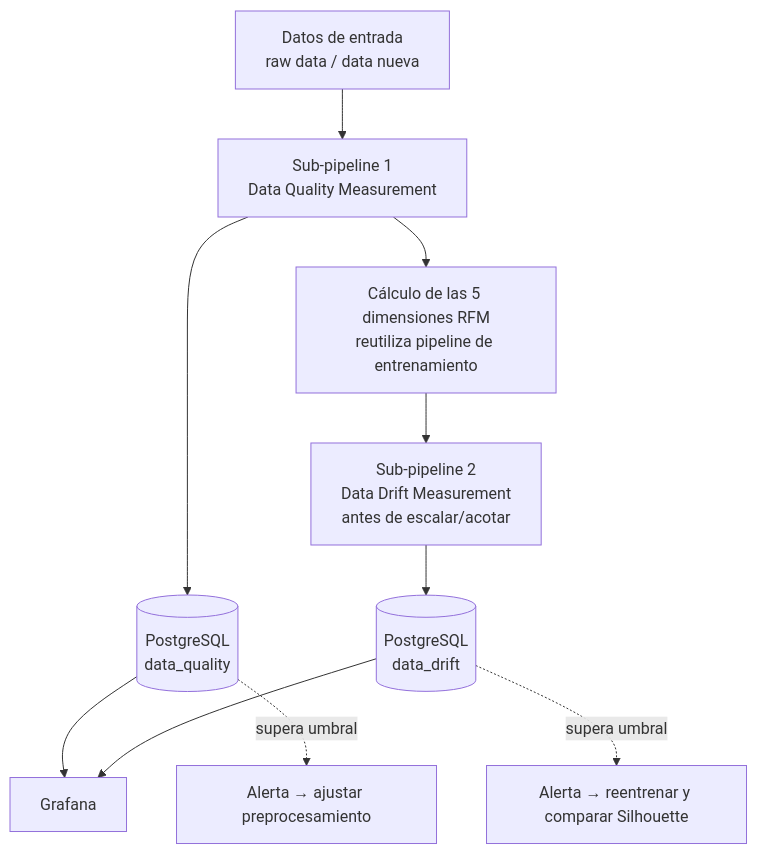
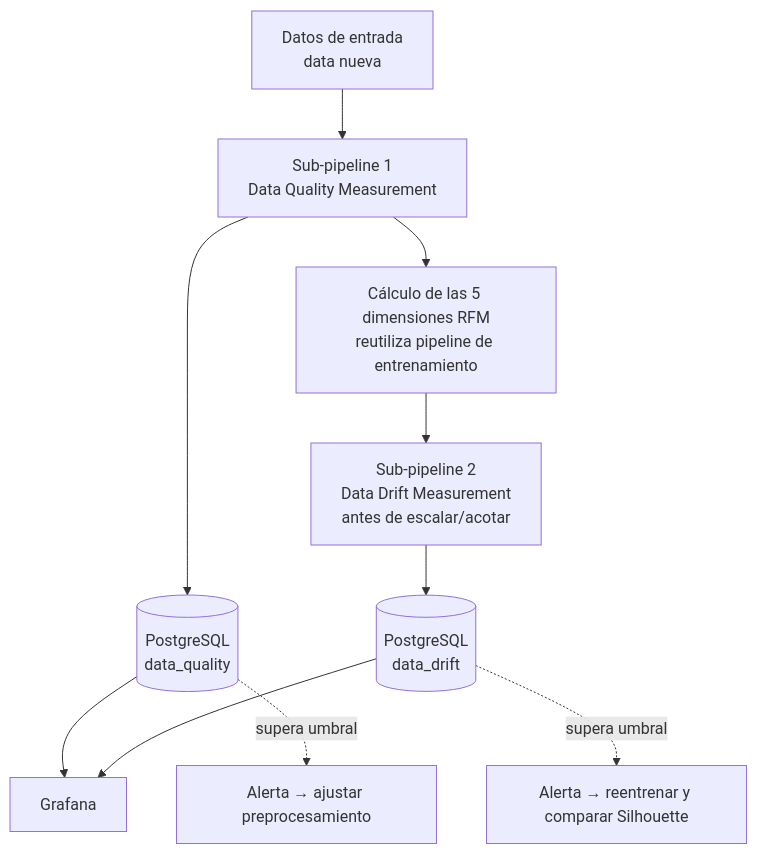
Before and after one commit to kevin-ja/vantix: the diagram in monitorization/doc/monitorization_arch.md, drawn with Mermaid. The commit also changed other lines of this file, not shown here.

Commit message:
Docs: input de monitorización = data nueva; sección de benchmark

````diff
--- a/monitorization/doc/monitorization_arch.md
+++ b/monitorization/doc/monitorization_arch.md
@@ -33,12 +33,12 @@
 ```mermaid
 flowchart TD
-    A[Datos de entrada<br/>raw data / data nueva] --> B[Sub-pipeline 1<br/>Data Quality Measurement]
+    A[Datos de entrada<br/>data nueva] --> B[Sub-pipeline 1<br/>Data Quality Measurement]
     B --> DQ[(PostgreSQL<br/>data_quality)]
     B --> C[Cálculo de las 5 dimensiones RFM<br/>reutiliza pipeline de entrenamiento]
     C --> D[Sub-pipeline 2<br/>Data Drift Measurement<br/>antes de escalar/acotar]
     D --> DD[(PostgreSQL<br/>data_drift)]
     DQ --> G[Grafana]
     DD --> G
     DQ -. supera umbral .-> AL1[Alerta → ajustar preprocesamiento]
     DD -. supera umbral .-> AL2[Alerta → reentrenar y comparar Silhouette]
 ```
````
